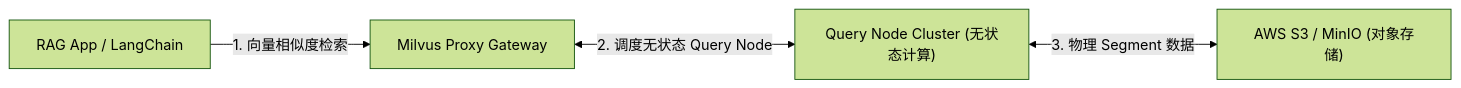
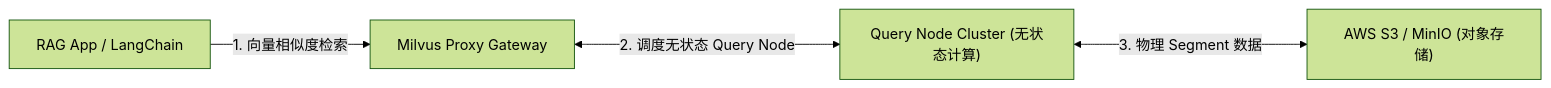
The third of 6 diagrams in docs/atlas/milvus.mdx (koosai/AI-Architect-Learning), drawn with Mermaid (forest theme) before and after one commit. The commit also changed other lines of this file and 68 other files, not shown here.

Commit message:
fix(atlas): fix browser client-side Mermaid rendering for mindmaps and flowcharts across 67 case studies

````diff
--- a/docs/atlas/milvus.mdx
+++ b/docs/atlas/milvus.mdx
@@ -116,6 +116,6 @@
 ```mermaid
 graph LR
   RAGClient["RAG App / LangChain"] -->|1. 向量相似度检索| MilvusProxy["Milvus Proxy Gateway"]
-  MilvusProxy <-->|2. 调度无状态 Query Node| QueryCluster["Query Node Cluster (无状态计算)"]
-  QueryCluster <-->|3. 物理 Segment 数据| S3Storage["AWS S3 / MinIO (对象存储)"]
+  MilvusProxy <--->|2. 调度无状态 Query Node| QueryCluster["Query Node Cluster (无状态计算)"]
+  QueryCluster <--->|3. 物理 Segment 数据| S3Storage["AWS S3 / MinIO (对象存储)"]
 ```
````
